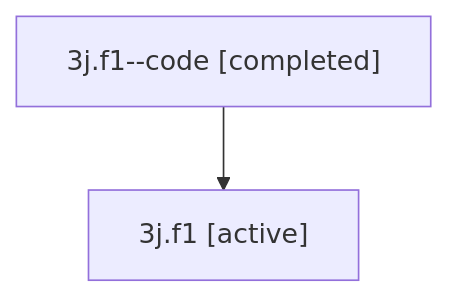
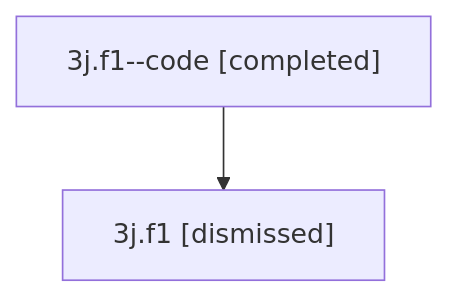
Before and after one commit to sase-org/sase--agents: the diagram in sessions/bbugyi200.athena.3j.f1.md, drawn with Mermaid. The commit also changed other lines of this file and 28 other files, not shown here.

````diff
--- a/sessions/bbugyi200.athena.3j.f1.md
+++ b/sessions/bbugyi200.athena.3j.f1.md
@@ -9,6 +9,6 @@
 ```mermaid
 flowchart TD
   n0["3j.f1--code [completed]"]
-  n1["3j.f1 [active]"]
+  n1["3j.f1 [dismissed]"]
   n0 --> n1
 ```
````
